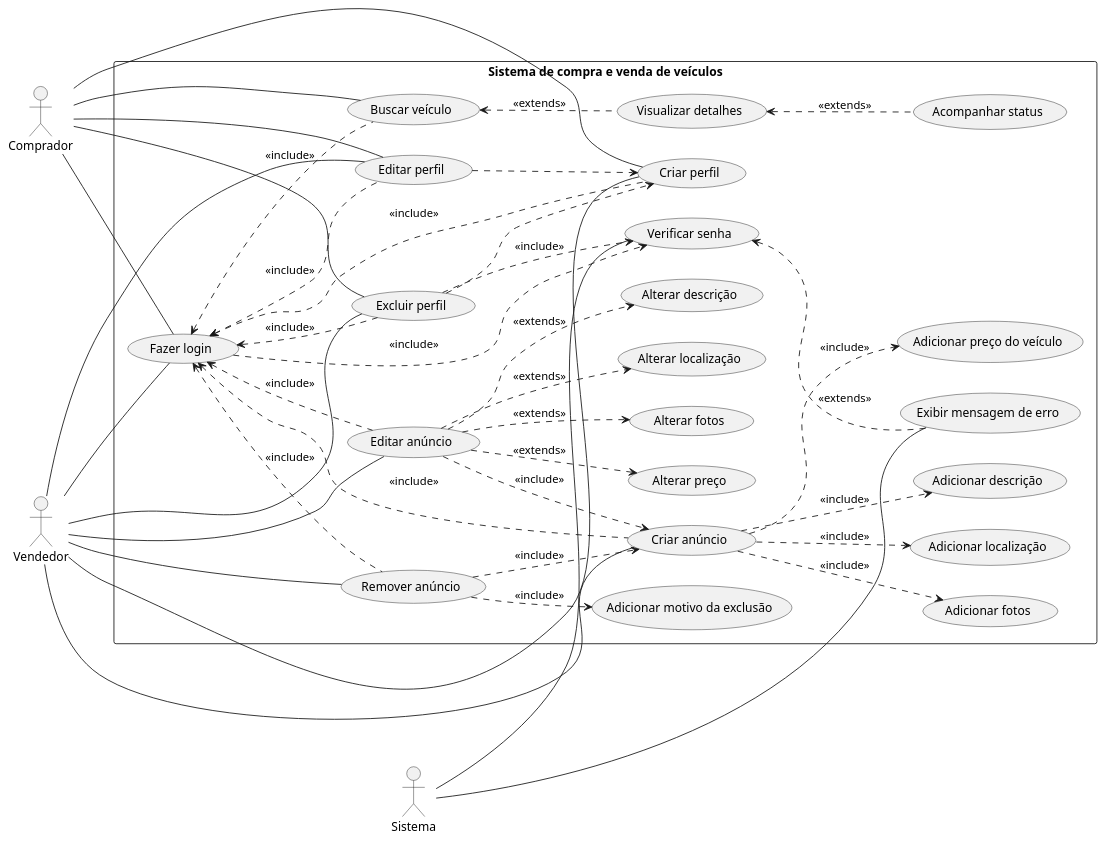
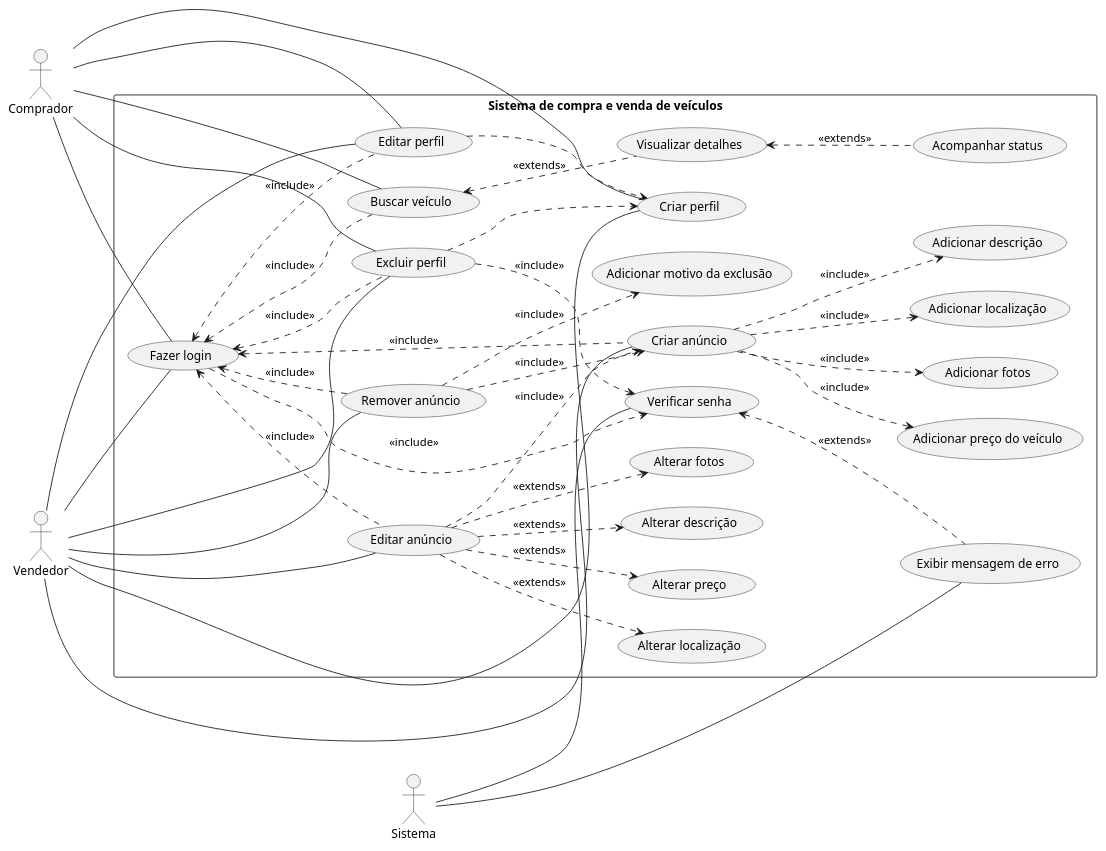
One commit to guilhermeoliveirateo/sistema-compra-venda-veiculos changed the diagram in uc_sistema.md. Above: the diagram before and after it, drawn with PlantUML.

````diff
--- a/uc_sistema.md
+++ b/uc_sistema.md
@@ -9,75 +9,74 @@
 ``` plantuml
 @startuml 
 
 left to right direction
 actor "Comprador" as comprador
 actor "Vendedor" as vendedor
 
 rectangle "Sistema de compra e venda de veículos"{
 usecase "Fazer login" as uc1
 usecase "Editar perfil" as uc2
 usecase "Criar anúncio" as uc3
 usecase "Editar anúncio" as uc4
 usecase "Remover anúncio" as uc5
 usecase "Buscar veículo" as uc6
 usecase "Verificar senha" as uc7
 usecase "Exibir mensagem de erro" as uc8
 usecase "Adicionar descrição" as uc9
 usecase "Adicionar preço do veículo" as uc10
 usecase "Alterar descrição" as uc11
 usecase "Alterar preço" as uc12
 usecase "Adicionar motivo da exclusão" as uc13
 usecase "Visualizar detalhes" as uc14
 usecase "Acompanhar status" as uc15
 usecase "Criar perfil" as uc16
 usecase "Adicionar fotos" as uc17
 usecase "Adicionar localização" as uc18
 usecase "Alterar fotos" as uc19
 usecase "Alterar localização" as uc20
 usecase "Excluir perfil" as uc21
 }
 
 actor "Sistema" as sistema
 
 vendedor -- uc16
 comprador -- uc16
 vendedor -- uc1
 comprador -- uc1
 uc1 ..> uc7 :<<include>>
 uc7 <.. uc8 :<<extends>>
 uc1 <.. uc2 :<<include>>
 uc1 <.. uc3 :<<include>>
 uc1 <.. uc4 :<<include>>
 uc1 <.. uc5 :<<include>>
 uc1 <.. uc6 :<<include>>
-uc1 <.. uc16 :<<include>>
 uc1 <.. uc21 :<<include>>
 vendedor -- uc2
 comprador -- uc2
 vendedor -- uc21
 comprador -- uc21
 uc21 ..> uc7 :<<include>>
 vendedor -- uc3
 uc3 ..> uc9 :<<include>>
 uc3 ..> uc10 :<<include>>
 uc3 ..> uc17 :<<include>>
 uc3 ..> uc18 :<<include>>
 vendedor -- uc4
 uc4 ..> uc11 :<<extends>>
 uc4 ..> uc12 :<<extends>>
 uc4 ..> uc19 :<<extends>>
 uc4 ..> uc20 :<<extends>>
 vendedor -- uc5
 uc5 ..> uc13 :<<include>>
 comprador -- uc6
 uc6 <.. uc14 :<<extends>>
 uc14 <.. uc15 :<<extends>>
 uc4 ..> uc3 :<<include>>
 uc5 ..> uc3 :<<include>>
 sistema -- uc7
 sistema -- uc8
 uc2 ..> uc16 <<include>>
 uc21 ..> uc16 <<include>>
  
 @enduml
 ```
````
